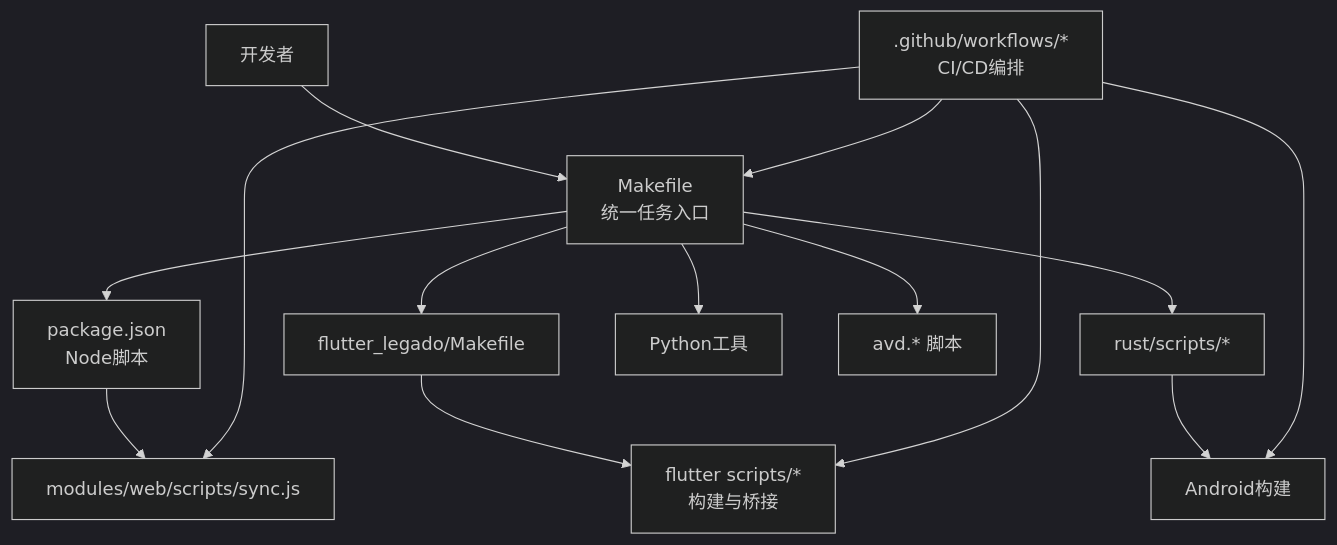
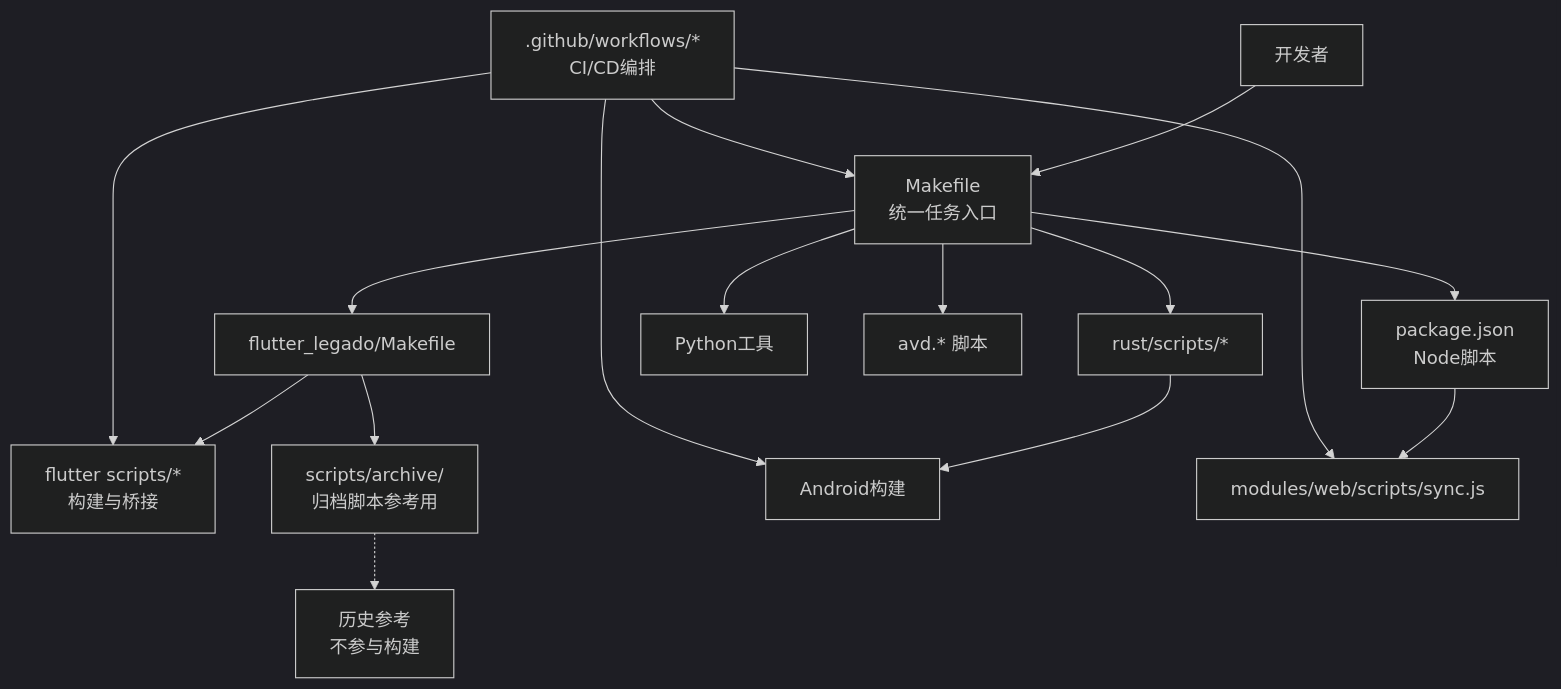
One commit to ZhangGHGitHub/LegadoTeamFlutter changed the second of 10 diagrams in .qoder/repowiki/zh/content/构建和部署/自动化脚本工具集.md. Above: the diagram before and after it, drawn with Mermaid (dark theme). The commit also changed other lines of this file and 173 other files, not shown here.

````diff
--- a/.qoder/repowiki/zh/content/构建和部署/自动化脚本工具集.md
+++ b/.qoder/repowiki/zh/content/构建和部署/自动化脚本工具集.md
@@ -146,16 +159,18 @@
 ```mermaid
 graph TB
 dev["开发者"] --> make["Makefile<br/>统一任务入口"]
 make --> node_pkg["package.json<br/>Node脚本"]
 make --> flutter_make["flutter_legado/Makefile"]
 make --> rust_scripts["rust/scripts/*"]
 make --> py_tools["Python工具"]
 make --> avd["avd.* 脚本"]
 flutter_make --> fl_build["flutter scripts/*<br/>构建与桥接"]
+flutter_make --> fl_archive["scripts/archive/<br/>归档脚本参考用"]
 rust_scripts --> rs_android["Android构建"]
 node_pkg --> web_sync["modules/web/scripts/sync.js"]
 ci[".github/workflows/*<br/>CI/CD编排"] --> make
 ci --> fl_build
 ci --> rs_android
 ci --> web_sync
+fl_archive -.-> ref["历史参考<br/>不参与构建"]
 ```
````
